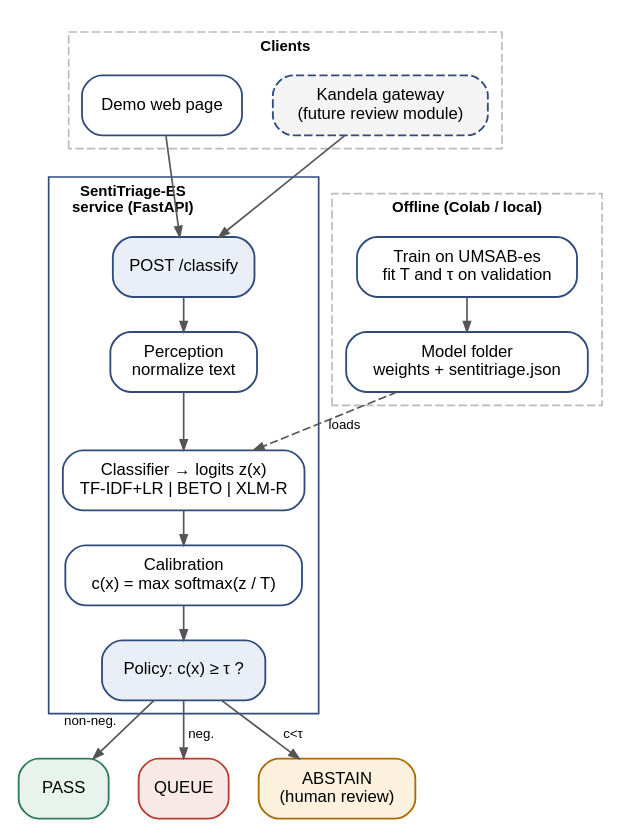
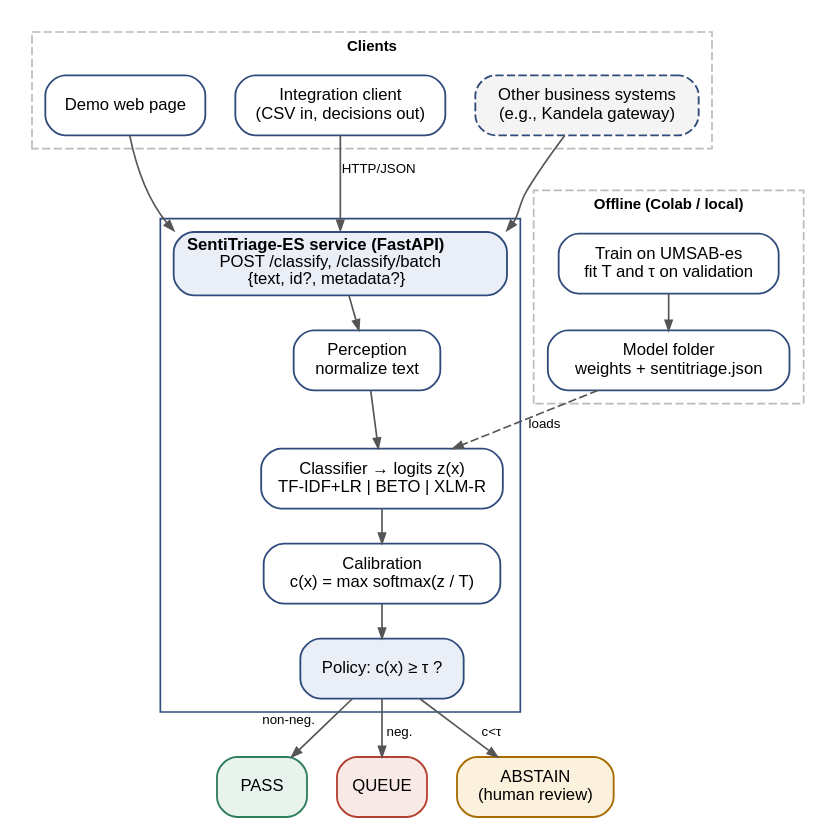
Before and after one commit to Rosa-SDev/sentitriage-es: the diagram in docs/architecture.dot, drawn with Graphviz. The commit also changed 3 other files, not shown here.

```diff
--- a/docs/architecture.dot
+++ b/docs/architecture.dot
@@ -1,28 +1,29 @@
 digraph G {
   rankdir=TB; nodesep=0.25; ranksep=0.28;
   node [shape=box, style="rounded,filled", fillcolor="#ffffff", color="#2f4b7c", fontname="Helvetica", fontsize=10, penwidth=1.1];
   edge [color="#555555", arrowsize=0.6, fontname="Helvetica", fontsize=8];
 
   subgraph cluster_clients { label="Clients"; fontname="Helvetica-Bold"; fontsize=9; color="#bbbbbb"; style="dashed";
     demo [label="Demo web page"];
-    kandela [label="Kandela gateway\n(future review module)", style="rounded,dashed,filled", fillcolor="#f4f4f4"];
+    client [label="Integration client\n(CSV in, decisions out)"];
+    other [label="Other business systems\n(e.g., Kandela gateway)", style="rounded,dashed,filled", fillcolor="#f4f4f4"];
   }
-  subgraph cluster_service { label="SentiTriage-ES\nservice (FastAPI)"; labeljust="l"; fontname="Helvetica-Bold"; fontsize=9; color="#2f4b7c";
-    api [label="POST /classify", fillcolor="#e9eef7"];
+  subgraph cluster_service { label=""; fontname="Helvetica-Bold"; fontsize=9; color="#2f4b7c";
+    api [label=<<b>SentiTriage-ES service (FastAPI)</b><br/>POST /classify, /classify/batch<br/>{text, id?, metadata?}>, fillcolor="#e9eef7"];
     norm [label="Perception\nnormalize text"];
     clf [label="Classifier → logits z(x)\nTF-IDF+LR | BETO | XLM-R"];
     cal [label="Calibration\nc(x) = max softmax(z / T)"];
     pol [label="Policy: c(x) ≥ τ ?", fillcolor="#e9eef7"];
   }
   pass [label="PASS", fillcolor="#e8f3ee", color="#2e7d5b"];
   queue [label="QUEUE", fillcolor="#f8e9e6", color="#b3402f"];
   abst [label="ABSTAIN\n(human review)", fillcolor="#fbf1dc", color="#a86b00"];
 
   subgraph cluster_off { label="Offline (Colab / local)"; fontname="Helvetica-Bold"; fontsize=9; color="#bbbbbb"; style="dashed";
     train [label="Train on UMSAB-es\nfit T and τ on validation"];
     art [label="Model folder\nweights + sentitriage.json"];
   }
-  {demo kandela} -> api; api -> norm -> clf -> cal -> pol;
+  demo -> api [headport=nw]; client -> api [label=" HTTP/JSON", headport=n]; other -> api [headport=ne]; api -> norm -> clf -> cal -> pol;
   pol -> pass [xlabel="non-neg. "]; pol -> queue [label=" neg."]; pol -> abst [label="  c<τ"];
   train -> art; art -> clf [style=dashed, label="loads"];
 }
```
